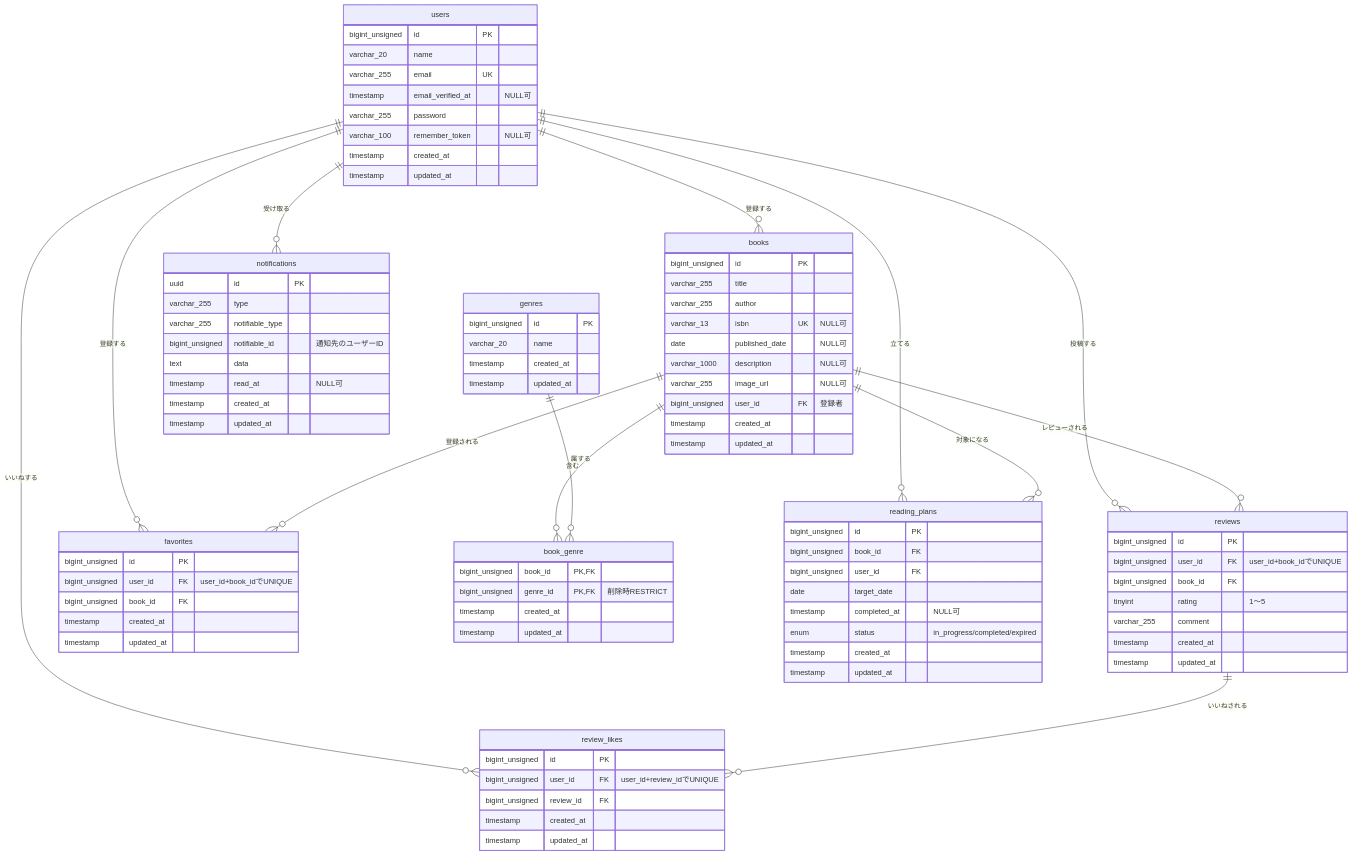
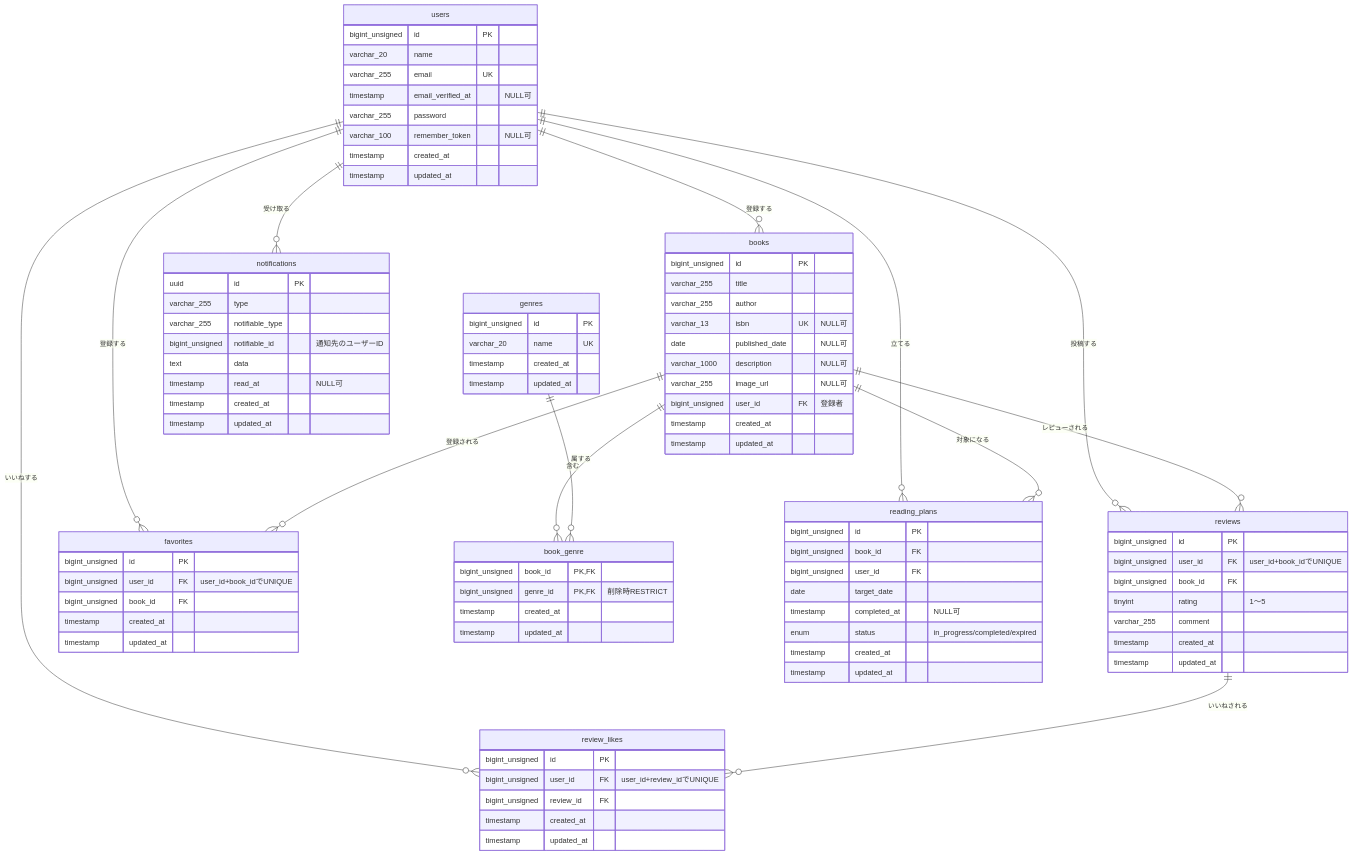
The diagram in README.md (yuichiro-yamada/bookshelf), drawn with Mermaid before and after one commit. The commit also changed other lines of this file and 2 other files, not shown here.

Commit message:
genres.nameにUNIQUE制約を追加、テーブル仕様書に認証補助テーブルを追加
- genresのnameにunique()を追加（データ要件「ジャンル名（ユニーク）」に対応）
- テーブル仕様書にpassword_reset_tokens・personal_access_tokens・failed_jobsを追加
- READMEのER図にgenres.nameのUNIQUEと、認証補助テーブルを省略した旨を追記

Claude-Session: https://claude.ai/code/session_01AAkgjDSFRbJecoksfThW9s

```diff
--- a/README.md
+++ b/README.md
@@ -82,7 +82,7 @@
     }
     genres {
         bigint_unsigned id PK
-        varchar_20 name
+        varchar_20 name UK
         timestamp created_at
         timestamp updated_at
     }
```
